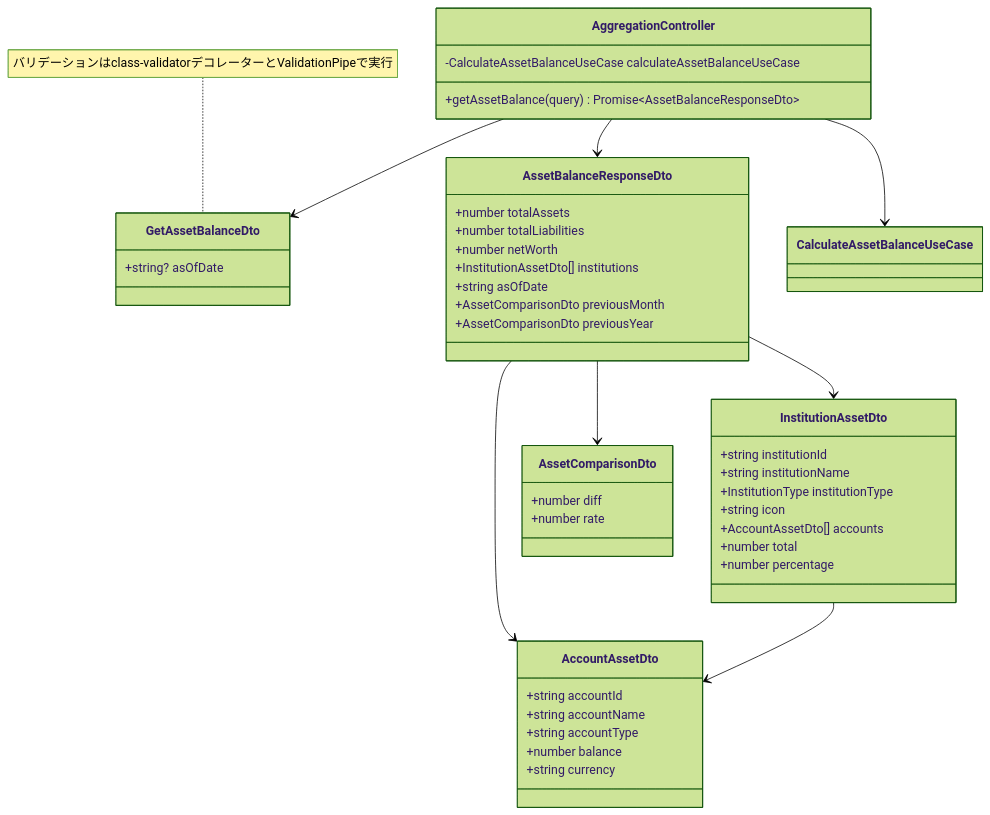
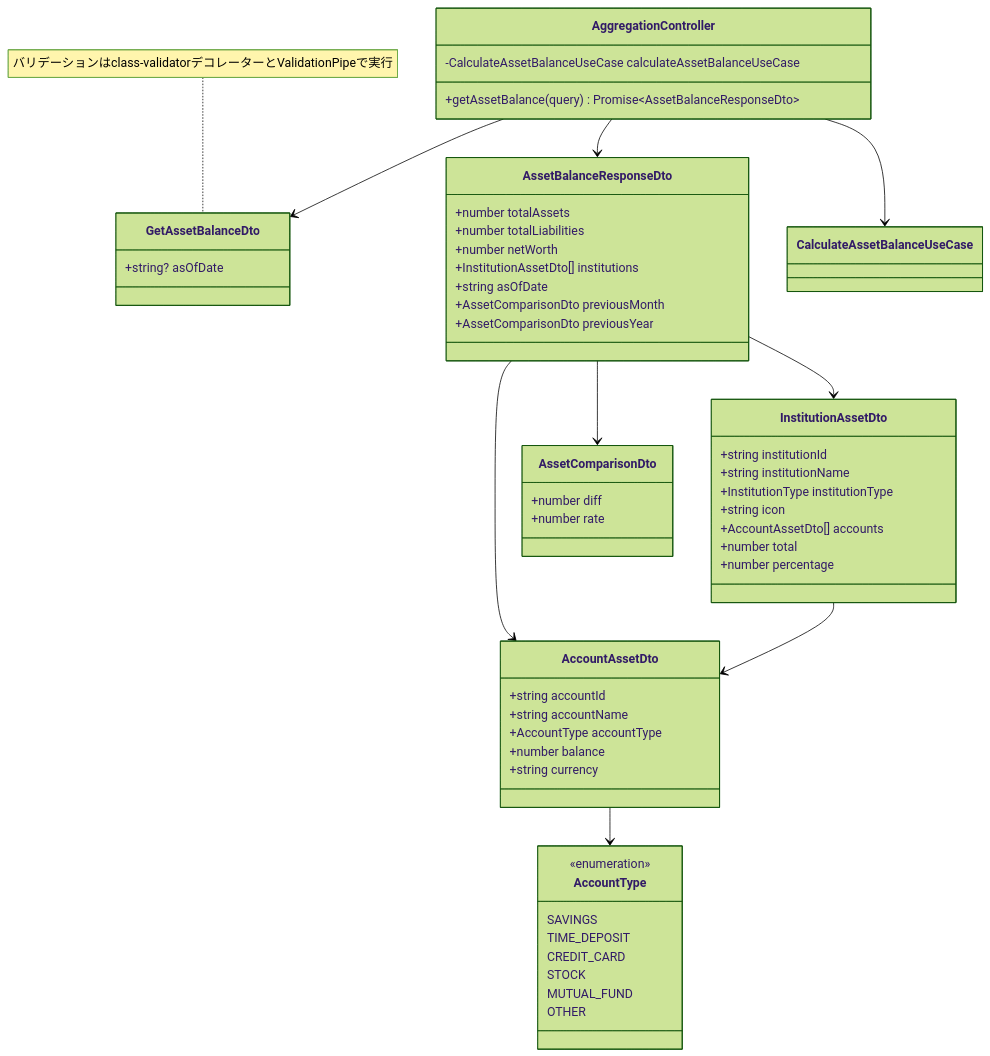
One commit to kencom2400/account-book changed the fourth of 5 diagrams in docs/detailed-design/FR-026_institution-asset-balance/class-diagrams.md. Above: the diagram before and after it, drawn with Mermaid (forest theme). The commit also changed 2 other files, not shown here.

Commit message:
fix(docs): Geminiレビュー指摘（第2回）を修正
- InstitutionTypeのenum値を既存コードに合わせる（bank, credit-card, securities）
- totalLiabilitiesの説明を明確化（絶対値であることを明記）
- クラス図のAccountAssetDtoのaccountTypeをAccountType enum型に修正
- ルールファイルに学習内容を追加

PR #382

````diff
--- a/docs/detailed-design/FR-026_institution-asset-balance/class-diagrams.md
+++ b/docs/detailed-design/FR-026_institution-asset-balance/class-diagrams.md
@@ -201,53 +201,64 @@
 ```mermaid
 classDiagram
     class AggregationController {
         -CalculateAssetBalanceUseCase calculateAssetBalanceUseCase
         +getAssetBalance(query) Promise~AssetBalanceResponseDto~
     }
 
     class GetAssetBalanceDto {
         +string? asOfDate
     }
     note for GetAssetBalanceDto "バリデーションはclass-validatorデコレーターとValidationPipeで実行"
 
     class AssetBalanceResponseDto {
         +number totalAssets
         +number totalLiabilities
         +number netWorth
         +InstitutionAssetDto[] institutions
         +string asOfDate
         +AssetComparisonDto previousMonth
         +AssetComparisonDto previousYear
     }
 
     class InstitutionAssetDto {
         +string institutionId
         +string institutionName
         +InstitutionType institutionType
         +string icon
         +AccountAssetDto[] accounts
         +number total
         +number percentage
     }
 
     class AccountAssetDto {
         +string accountId
         +string accountName
-        +string accountType
+        +AccountType accountType
         +number balance
         +string currency
+    }
+
+    class AccountType {
+        <<enumeration>>
+        SAVINGS
+        TIME_DEPOSIT
+        CREDIT_CARD
+        STOCK
+        MUTUAL_FUND
+        OTHER
     }
 
     class AssetComparisonDto {
         +number diff
         +number rate
     }
 
     AggregationController --> CalculateAssetBalanceUseCase
     AggregationController --> GetAssetBalanceDto
     AggregationController --> AssetBalanceResponseDto
     AssetBalanceResponseDto --> InstitutionAssetDto
     AssetBalanceResponseDto --> AccountAssetDto
     AssetBalanceResponseDto --> AssetComparisonDto
     InstitutionAssetDto --> AccountAssetDto
+    AccountAssetDto --> AccountType
 ```
````
